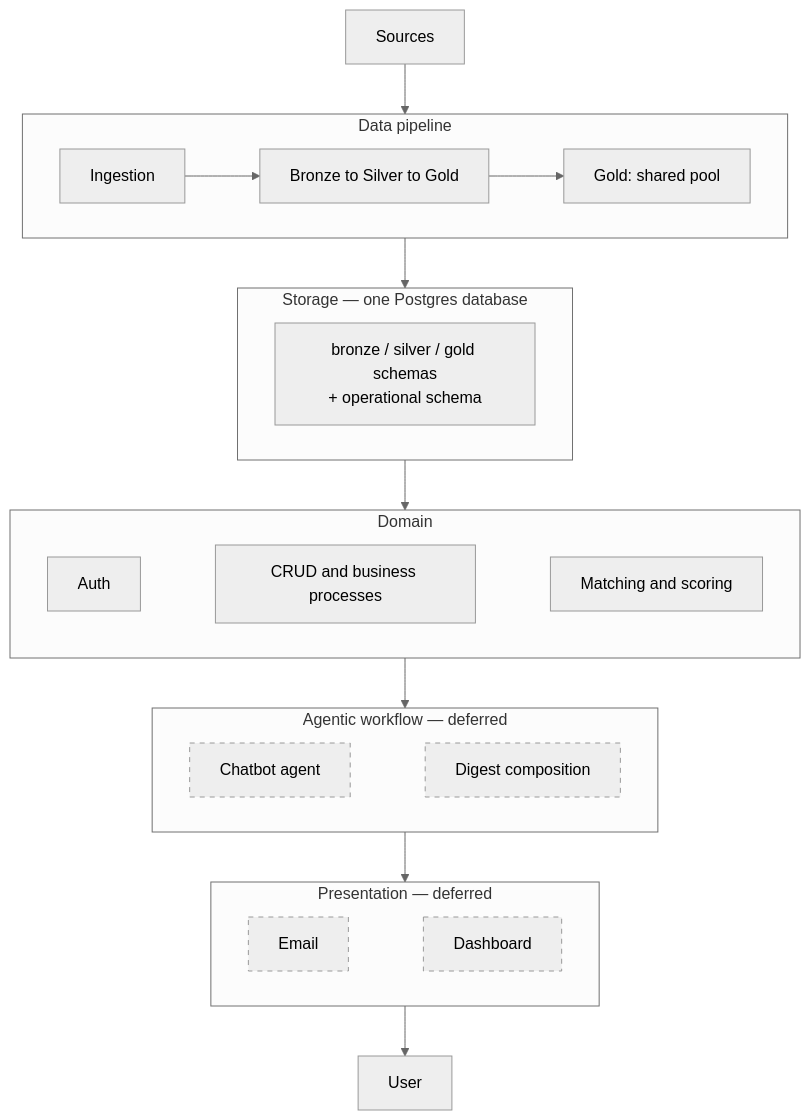
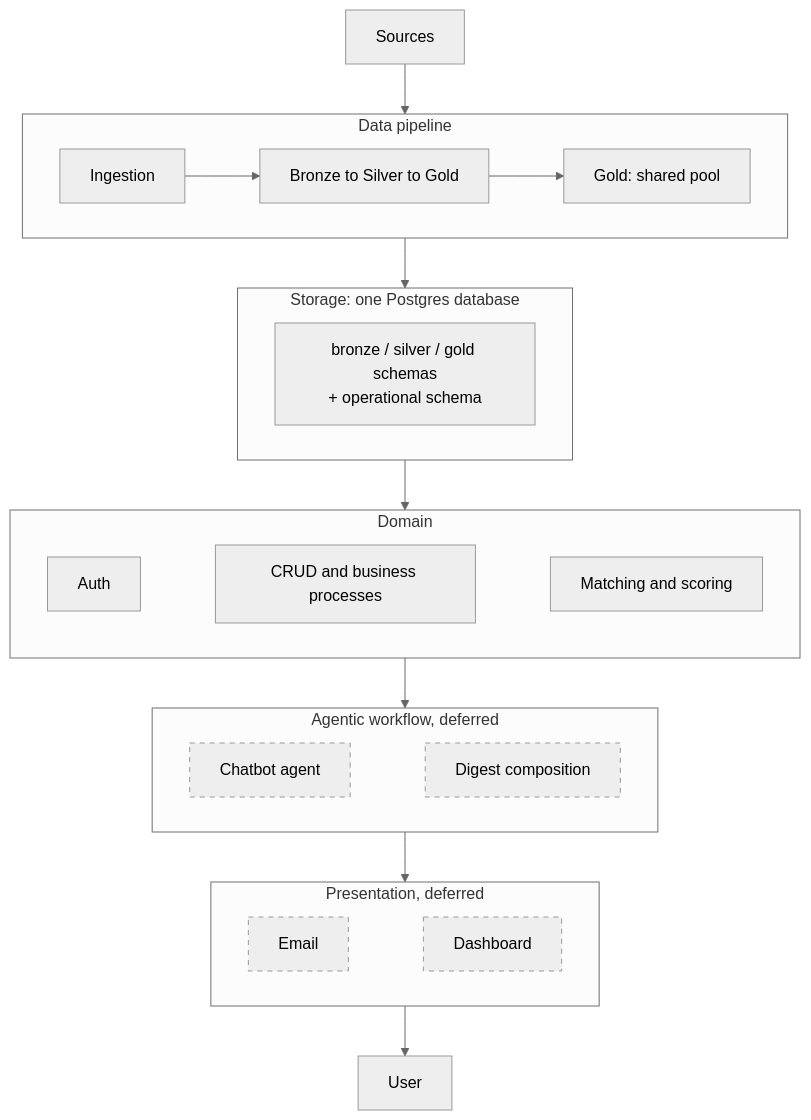
The first of 4 diagrams in Huginn Arch Dcument.md (KhaledAwashreh/Huginn), drawn with Mermaid (neutral theme) before and after one commit. The commit also changed other lines of this file, not shown here.

First line of the commit message:
Restyle the architecture document to the technical-writing style

````diff
--- a/Huginn Arch Dcument.md
+++ b/Huginn Arch Dcument.md
@@ -45,36 +45,36 @@
 ```mermaid
 flowchart TB
     SRC["Sources"]
 
     subgraph PIPE["Data pipeline"]
         direction LR
         ING["Ingestion"] --> TRN["Bronze to Silver to Gold"] --> POOL["Gold: shared pool"]
     end
 
-    subgraph STORE["Storage — one Postgres database"]
+    subgraph STORE["Storage: one Postgres database"]
         direction LR
         PG["bronze / silver / gold schemas<br/>+ operational schema"]
     end
 
     subgraph DOMAIN["Domain"]
         direction LR
         AUTH["Auth"] ~~~ CRUD["CRUD and business processes"] ~~~ SCORE["Matching and scoring"]
     end
 
-    subgraph AGENT["Agentic workflow — deferred"]
+    subgraph AGENT["Agentic workflow, deferred"]
         direction LR
         CHAT["Chatbot agent"] ~~~ DIGEST["Digest composition"]
     end
 
-    subgraph PRES["Presentation — deferred"]
+    subgraph PRES["Presentation, deferred"]
         direction LR
         MAIL["Email"] ~~~ DASH["Dashboard"]
     end
 
     USR["User"]
 
     SRC --> PIPE --> STORE --> DOMAIN --> AGENT --> PRES --> USR
 
     classDef deferred stroke-dasharray: 5 5
     class CHAT,DIGEST,MAIL,DASH deferred
 ```
````
